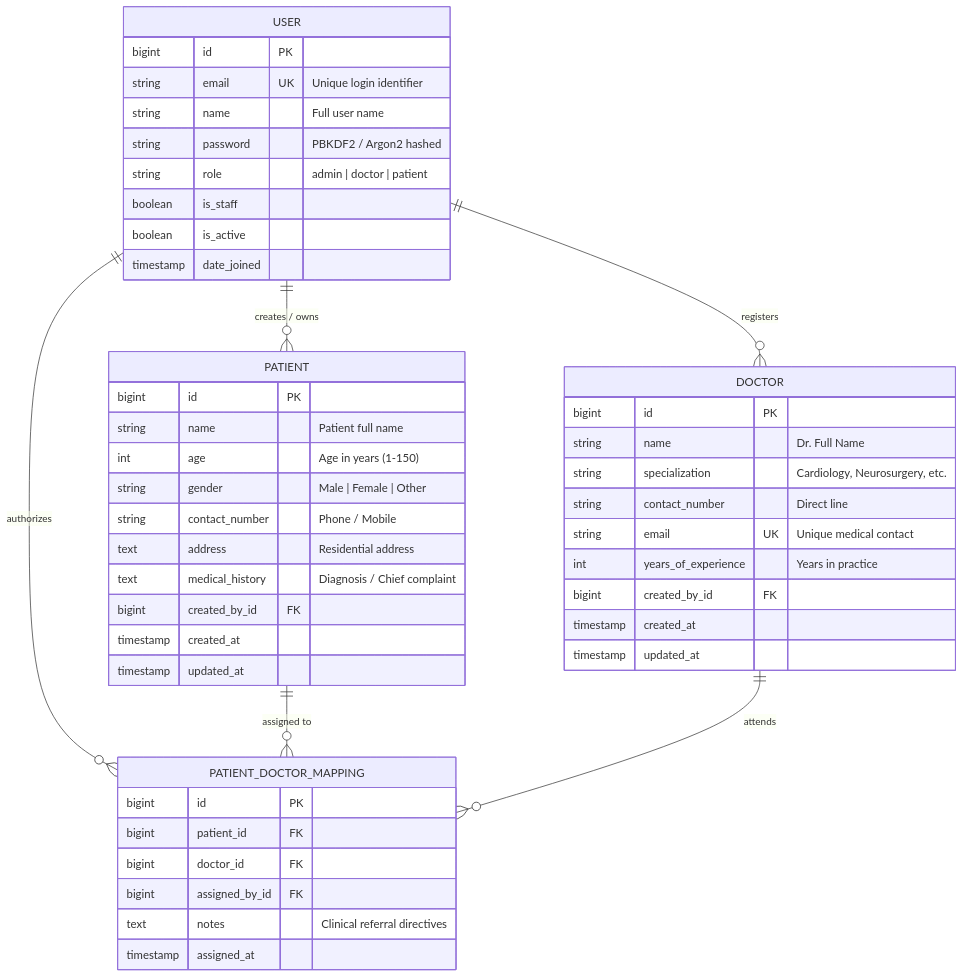
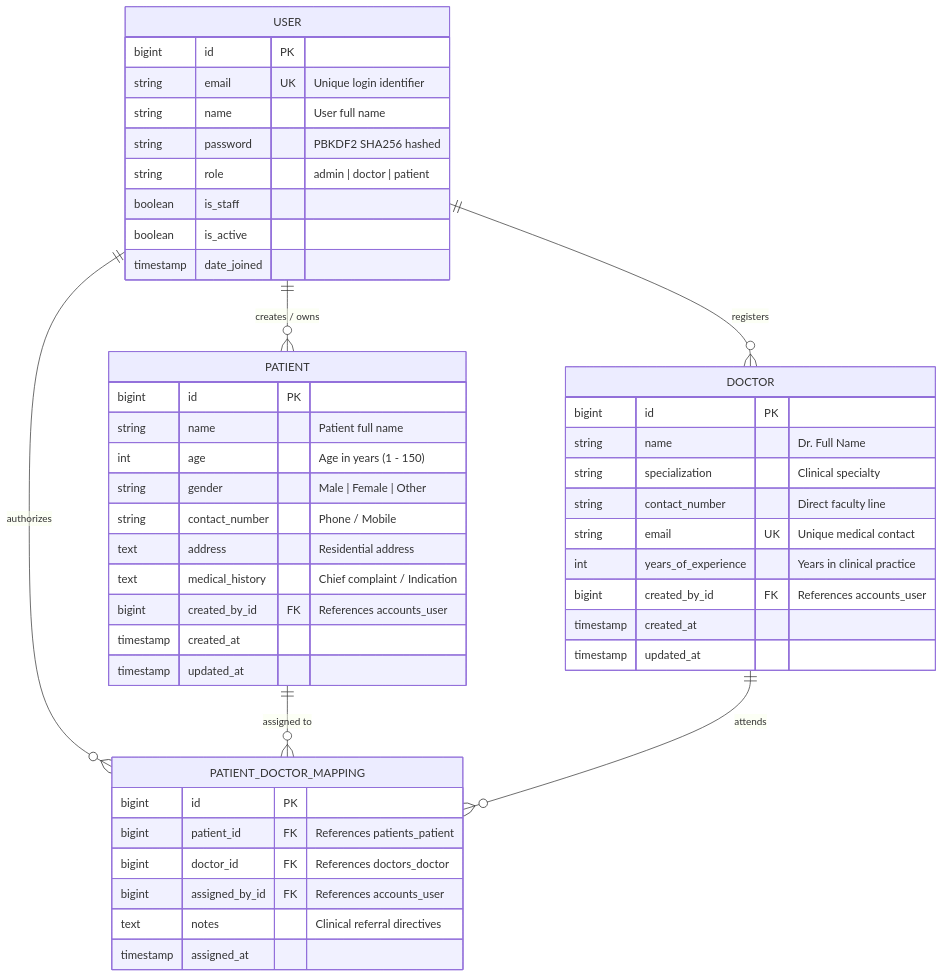
The second of 2 diagrams in README.md (Arsh123344423/WhatsByte), drawn with Mermaid before and after one commit. The commit also changed other lines of this file, not shown here.

Commit message:
docs: align README with official assignment specification, API requirements, and architecture diagrams

````diff
--- a/README.md
+++ b/README.md
@@ -69,53 +95,53 @@
 ```mermaid
 erDiagram
     USER ||--o{ PATIENT : "creates / owns"
     USER ||--o{ DOCTOR : "registers"
     USER ||--o{ PATIENT_DOCTOR_MAPPING : "authorizes"
     PATIENT ||--o{ PATIENT_DOCTOR_MAPPING : "assigned to"
     DOCTOR ||--o{ PATIENT_DOCTOR_MAPPING : "attends"
 
     USER {
         bigint id PK
         string email UK "Unique login identifier"
-        string name "Full user name"
-        string password "PBKDF2 / Argon2 hashed"
+        string name "User full name"
+        string password "PBKDF2 SHA256 hashed"
         string role "admin | doctor | patient"
         boolean is_staff
         boolean is_active
         timestamp date_joined
     }
 
     PATIENT {
         bigint id PK
         string name "Patient full name"
-        int age "Age in years (1-150)"
+        int age "Age in years (1 - 150)"
         string gender "Male | Female | Other"
         string contact_number "Phone / Mobile"
         text address "Residential address"
-        text medical_history "Diagnosis / Chief complaint"
-        bigint created_by_id FK
+        text medical_history "Chief complaint / Indication"
+        bigint created_by_id FK "References accounts_user"
         timestamp created_at
         timestamp updated_at
     }
 
     DOCTOR {
         bigint id PK
         string name "Dr. Full Name"
-        string specialization "Cardiology, Neurosurgery, etc."
-        string contact_number "Direct line"
+        string specialization "Clinical specialty"
+        string contact_number "Direct faculty line"
         string email UK "Unique medical contact"
-        int years_of_experience "Years in practice"
-        bigint created_by_id FK
+        int years_of_experience "Years in clinical practice"
+        bigint created_by_id FK "References accounts_user"
         timestamp created_at
         timestamp updated_at
     }
 
     PATIENT_DOCTOR_MAPPING {
         bigint id PK
-        bigint patient_id FK
-        bigint doctor_id FK
-        bigint assigned_by_id FK
+        bigint patient_id FK "References patients_patient"
+        bigint doctor_id FK "References doctors_doctor"
+        bigint assigned_by_id FK "References accounts_user"
         text notes "Clinical referral directives"
         timestamp assigned_at
     }
 ```
````
